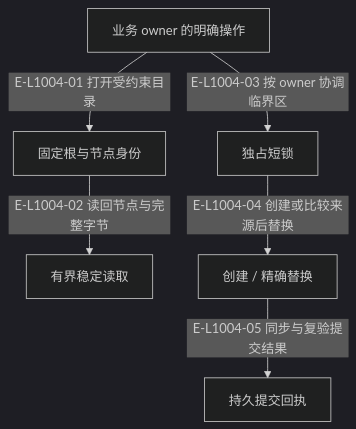
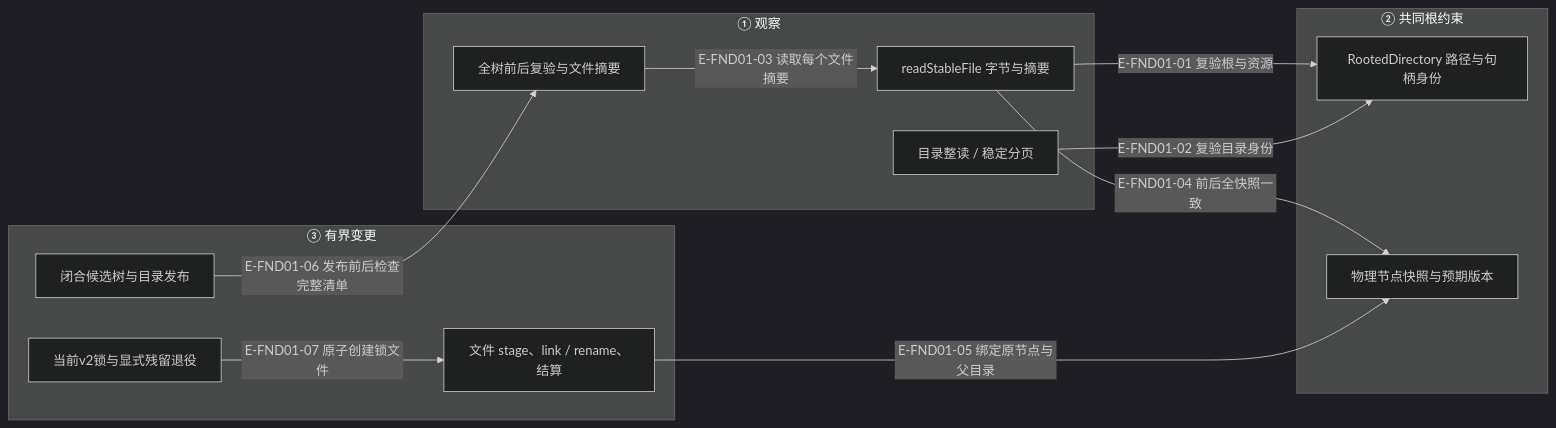
One commit to GxFn/Wakeflow changed the diagram in wakeflow-architecture-atlas/maps/02-foundation/README.md. Above: the diagram before and after it, drawn with Mermaid (dark theme). The commit also changed other lines of this file and 76 other files, not shown here.

First line of the commit message:
docs(atlas): refresh architecture maps for the rc.5 codebase

````diff
--- a/wakeflow-architecture-atlas/maps/02-foundation/README.md
+++ b/wakeflow-architecture-atlas/maps/02-foundation/README.md
@@ -111,16 +23,26 @@
 ```mermaid
-flowchart TB
-  accTitle: 基础原语与业务 owner 的边界
-  accDescr: 基础原语与业务 owner 的边界；箭头区分当前代码步骤、返回事实与明确的条件。
-  owner["业务 owner 的明确操作"]
-  root["固定根与节点身份"]
-  read["有界稳定读取"]
-  write["创建 / 精确替换"]
-  lock["独占短锁"]
-  receipt["持久提交回执"]
-  owner -->|"E-L1004-01 打开受约束目录"| root
-  root -->|"E-L1004-02 读回节点与完整字节"| read
-  owner -->|"E-L1004-03 按 owner 协调临界区"| lock
-  lock -->|"E-L1004-04 创建或比较来源后替换"| write
-  write -->|"E-L1004-05 同步与复验提交结果"| receipt
+flowchart LR
+  accTitle: Foundation 物理保证的组合边界
+  accDescr: 稳定读取、精确文件变更、目录树发布和锁是四种不同的能力，它们共同复用根与节点身份检查，而业务owner保留计划和恢复责任。
+  subgraph observe["① 观察"]
+    fileRead["readStableFile 字节与摘要"]
+    dirRead["目录整读 / 稳定分页"]
+    treeRead["全树前后复验与文件摘要"]
+  end
+  subgraph scope["② 共同根约束"]
+    root["RootedDirectory 路径与句柄身份"]
+    exact["物理节点快照与预期版本"]
+  end
+  subgraph mutate["③ 有界变更"]
+    atomic["文件 stage、link / rename、结算"]
+    tree["闭合候选树与目录发布"]
+    lock["当前v2锁与显式残留退役"]
+  end
+  fileRead -->|"E-FND01-01 复验根与资源"| root
+  dirRead -->|"E-FND01-02 复验目录身份"| root
+  treeRead -->|"E-FND01-03 读取每个文件摘要"| fileRead
+  fileRead -->|"E-FND01-04 前后全快照一致"| exact
+  atomic -->|"E-FND01-05 绑定原节点与父目录"| exact
+  tree -->|"E-FND01-06 发布前后检查完整清单"| treeRead
+  lock -->|"E-FND01-07 原子创建锁文件"| atomic
 ```
````
